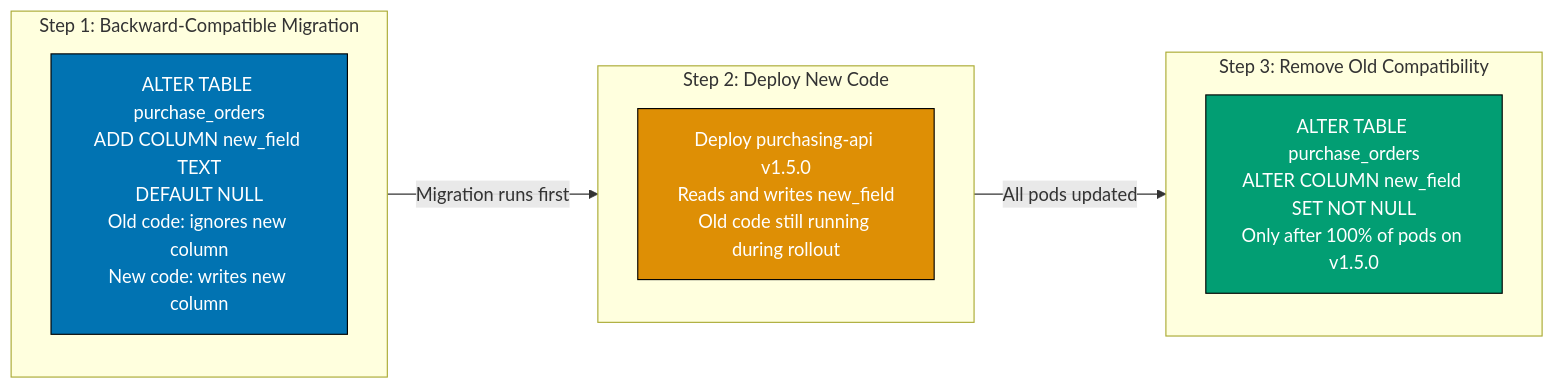
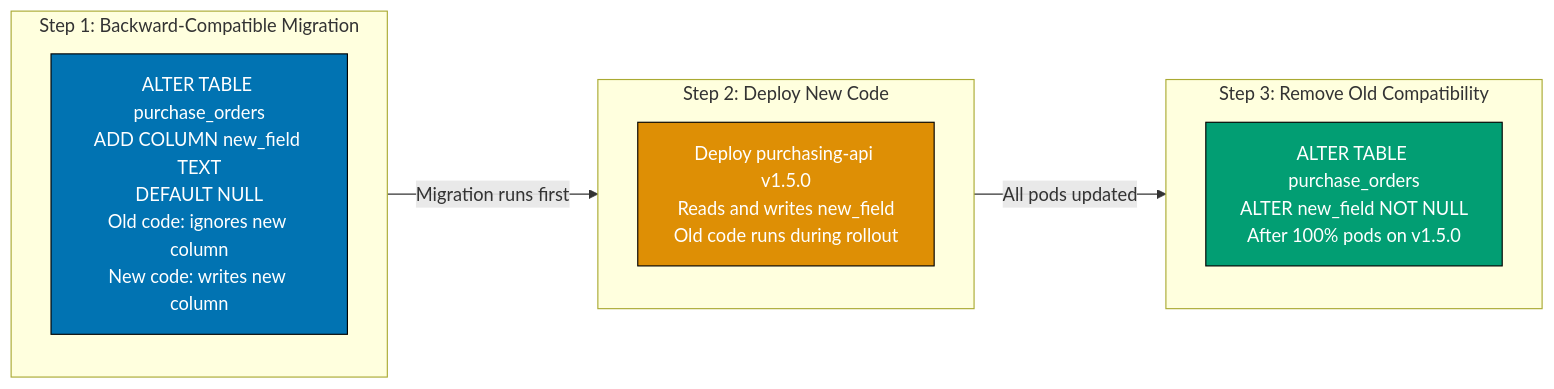
Before and after one commit to wahidyankf/baseerah: diagram 23 of 25 in apps/ayokoding-www/content/en/learn/software-engineering/software-architecture/c4-model/by-example/advanced.md, drawn with Mermaid. The commit also changed other lines of this file and 88 other files, not shown here.

First line of the commit message:
fix(ayokoding-www): resolve pre-existing Mermaid violations, exclude fixtures/plans-done

````diff
--- a/apps/ayokoding-www/content/en/learn/software-engineering/software-architecture/c4-model/by-example/advanced.md
+++ b/apps/ayokoding-www/content/en/learn/software-engineering/software-architecture/c4-model/by-example/advanced.md
@@ -1075,21 +1075,21 @@
 ```mermaid
 graph LR
     subgraph Step1["Step 1: Backward-Compatible Migration"]
         M1["ALTER TABLE purchase_orders<br/>ADD COLUMN new_field TEXT<br/>DEFAULT NULL<br/>Old code: ignores new column<br/>New code: writes new column"]
     end
 
     subgraph Step2["Step 2: Deploy New Code"]
-        D1["Deploy purchasing-api v1.5.0<br/>Reads and writes new_field<br/>Old code still running during rollout"]
+        D1["Deploy purchasing-api v1.5.0<br/>Reads and writes new_field<br/>Old code runs during rollout"]
     end
 
     subgraph Step3["Step 3: Remove Old Compatibility"]
-        M2["ALTER TABLE purchase_orders<br/>ALTER COLUMN new_field SET NOT NULL<br/>Only after 100% of pods on v1.5.0"]
+        M2["ALTER TABLE purchase_orders<br/>ALTER new_field NOT NULL<br/>After 100% pods on v1.5.0"]
     end
 
     Step1 -->|"Migration runs first"| Step2
     Step2 -->|"All pods updated"| Step3
 
     style M1 fill:#0173B2,stroke:#000,color:#fff
     style D1 fill:#DE8F05,stroke:#000,color:#fff
     style M2 fill:#029E73,stroke:#000,color:#fff
 ```
````
